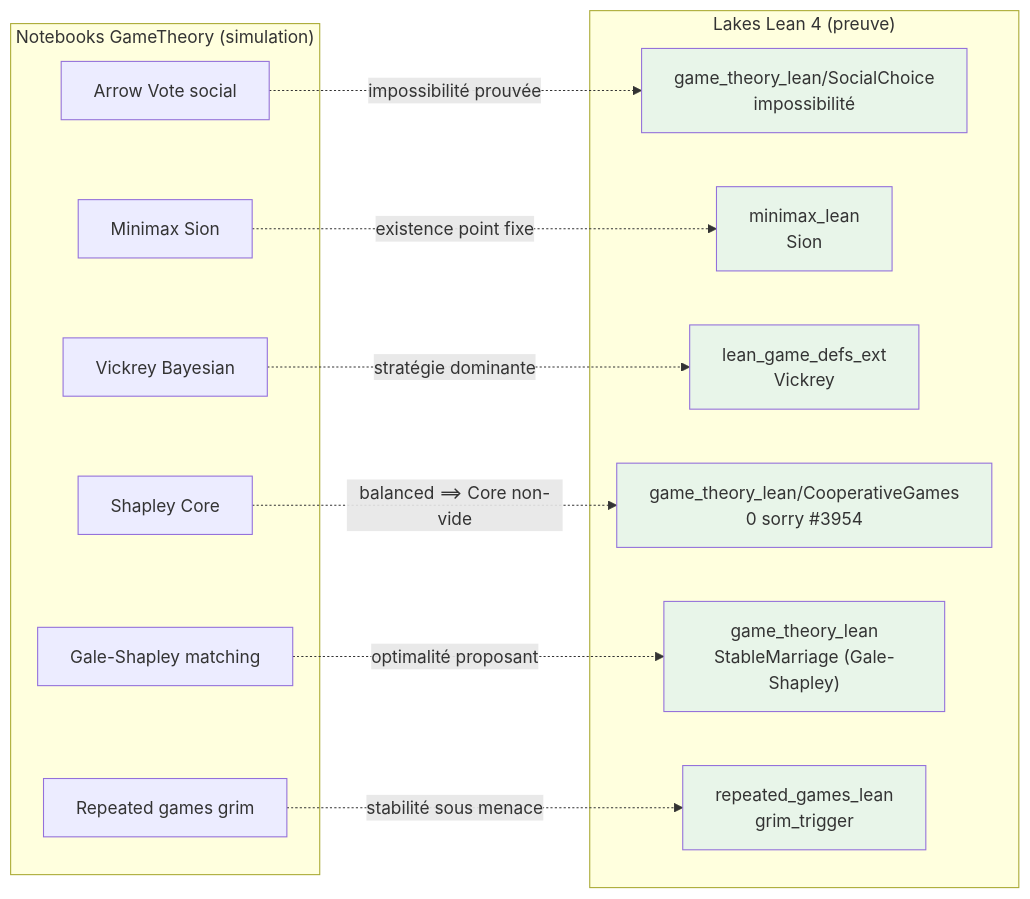
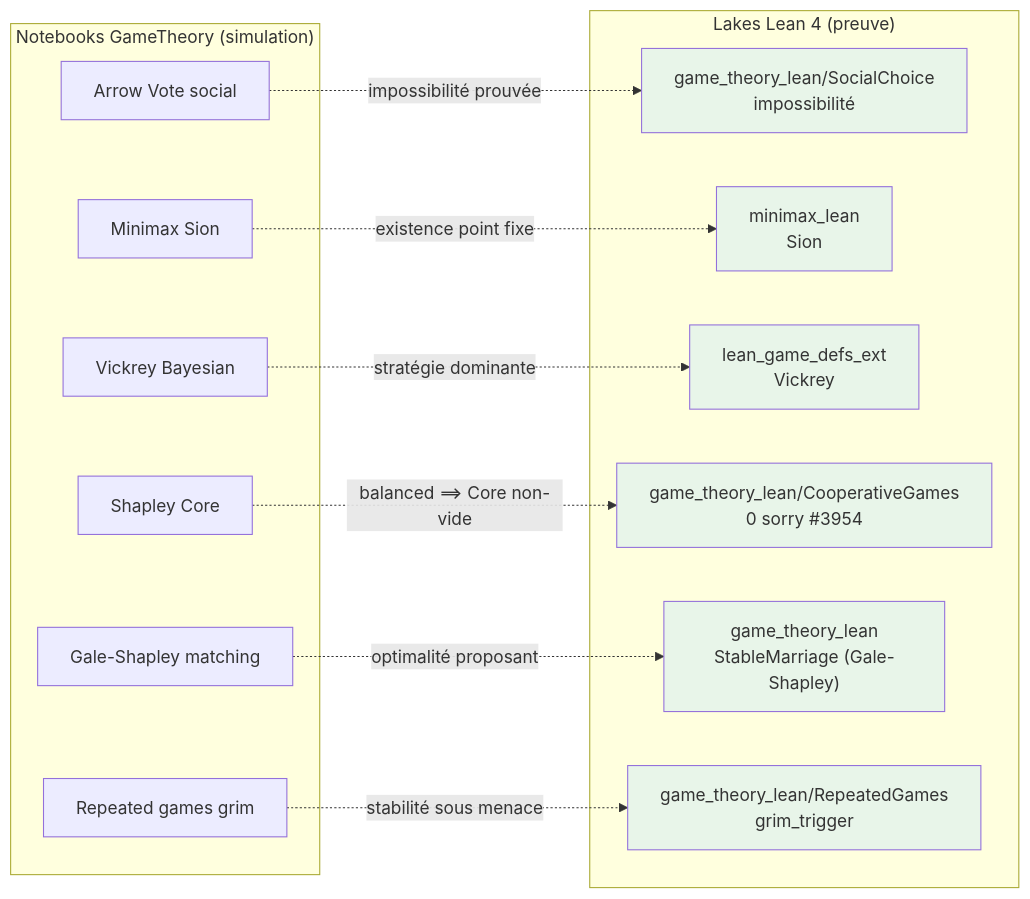
One commit to jsboige/CoursIA changed the second of 2 diagrams in MyIA.AI.Notebooks/GameTheory/README.md. Above: the diagram before and after it, drawn with Mermaid. The commit also changed other lines of this file and 9 other files, not shown here.

````diff
--- a/MyIA.AI.Notebooks/GameTheory/README.md
+++ b/MyIA.AI.Notebooks/GameTheory/README.md
@@ -435,31 +437,31 @@
 ```mermaid
 flowchart LR
     subgraph SIM["Notebooks GameTheory (simulation)"]
         N1["Arrow Vote social"]
         N2["Minimax Sion"]
         N3["Vickrey Bayesian"]
         N4["Shapley Core"]
         N5["Gale-Shapley matching"]
         N6["Repeated games grim"]
     end
     subgraph LEAN["Lakes Lean 4 (preuve)"]
         L1["game_theory_lean/SocialChoice<br/>impossibilité"]
         L2["minimax_lean<br/>Sion"]
         L3["lean_game_defs_ext<br/>Vickrey"]
         L4["game_theory_lean/CooperativeGames<br/>0 sorry #3954"]
         L5["game_theory_lean<br/>StableMarriage (Gale-Shapley)"]
-        L6["repeated_games_lean<br/>grim_trigger"]
+        L6["game_theory_lean/RepeatedGames<br/>grim_trigger"]
     end
     N1 -. "impossibilité prouvée" .-> L1
     N2 -. "existence point fixe" .-> L2
     N3 -. "stratégie dominante" .-> L3
     N4 -. "balanced ⟹ Core non-vide" .-> L4
     N5 -. "optimalité proposant" .-> L5
     N6 -. "stabilité sous menace" .-> L6
     style L1 fill:#e8f5e9
     style L2 fill:#e8f5e9
     style L3 fill:#e8f5e9
     style L4 fill:#e8f5e9
     style L5 fill:#e8f5e9
     style L6 fill:#e8f5e9
 ```
````
